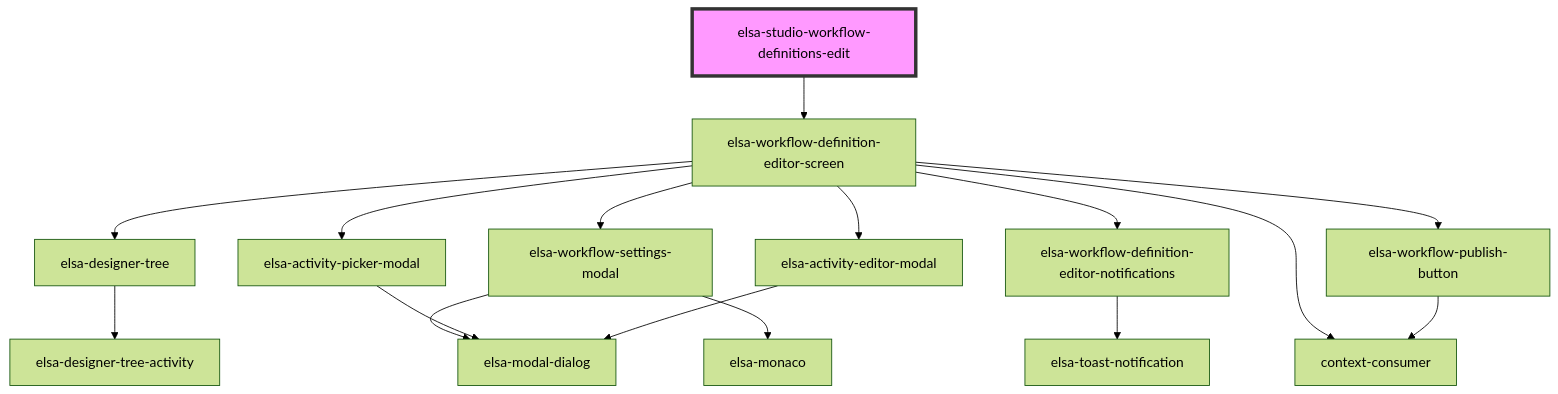
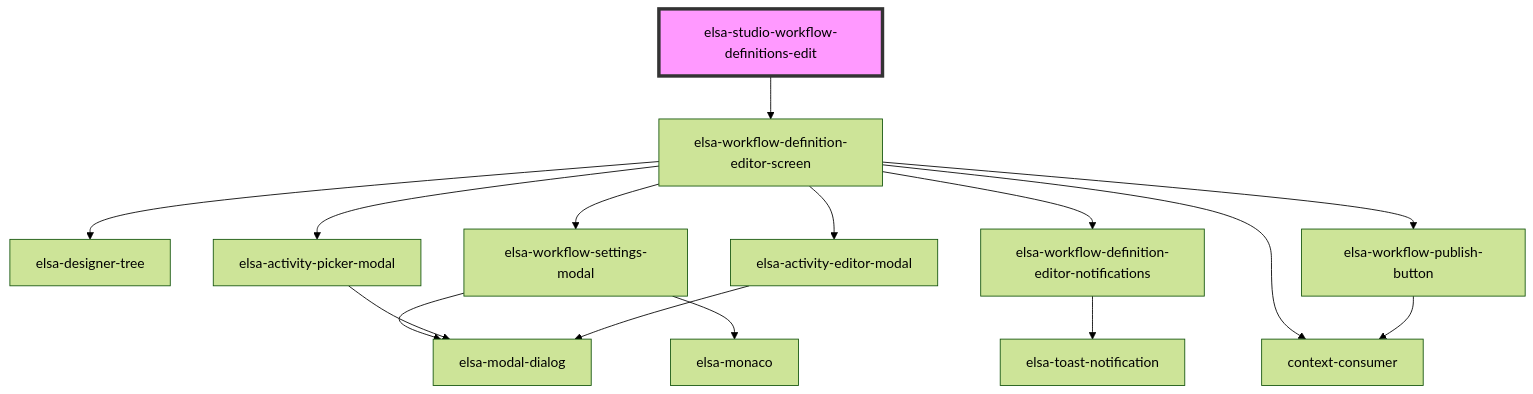
One commit to elsa-workflows/elsa-core changed the diagram in src/designer/elsa-workflows-studio/src/components/dashboard/pages/elsa-studio-workflow-definitions-edit/readme.md. Above: the diagram before and after it, drawn with Mermaid (forest theme). The commit also changed 7 other files, not shown here.

````diff
--- a/src/designer/elsa-workflows-studio/src/components/dashboard/pages/elsa-studio-workflow-definitions-edit/readme.md
+++ b/src/designer/elsa-workflows-studio/src/components/dashboard/pages/elsa-studio-workflow-definitions-edit/readme.md
@@ -24,19 +24,18 @@
 ```mermaid
 graph TD;
   elsa-studio-workflow-definitions-edit --> elsa-workflow-definition-editor-screen
   elsa-workflow-definition-editor-screen --> elsa-designer-tree
   elsa-workflow-definition-editor-screen --> elsa-workflow-settings-modal
   elsa-workflow-definition-editor-screen --> elsa-workflow-definition-editor-notifications
   elsa-workflow-definition-editor-screen --> elsa-activity-picker-modal
   elsa-workflow-definition-editor-screen --> elsa-activity-editor-modal
   elsa-workflow-definition-editor-screen --> elsa-workflow-publish-button
   elsa-workflow-definition-editor-screen --> context-consumer
-  elsa-designer-tree --> elsa-designer-tree-activity
   elsa-workflow-settings-modal --> elsa-modal-dialog
   elsa-workflow-settings-modal --> elsa-monaco
   elsa-workflow-definition-editor-notifications --> elsa-toast-notification
   elsa-activity-picker-modal --> elsa-modal-dialog
   elsa-activity-editor-modal --> elsa-modal-dialog
   elsa-workflow-publish-button --> context-consumer
   style elsa-studio-workflow-definitions-edit fill:#f9f,stroke:#333,stroke-width:4px
 ```
````
